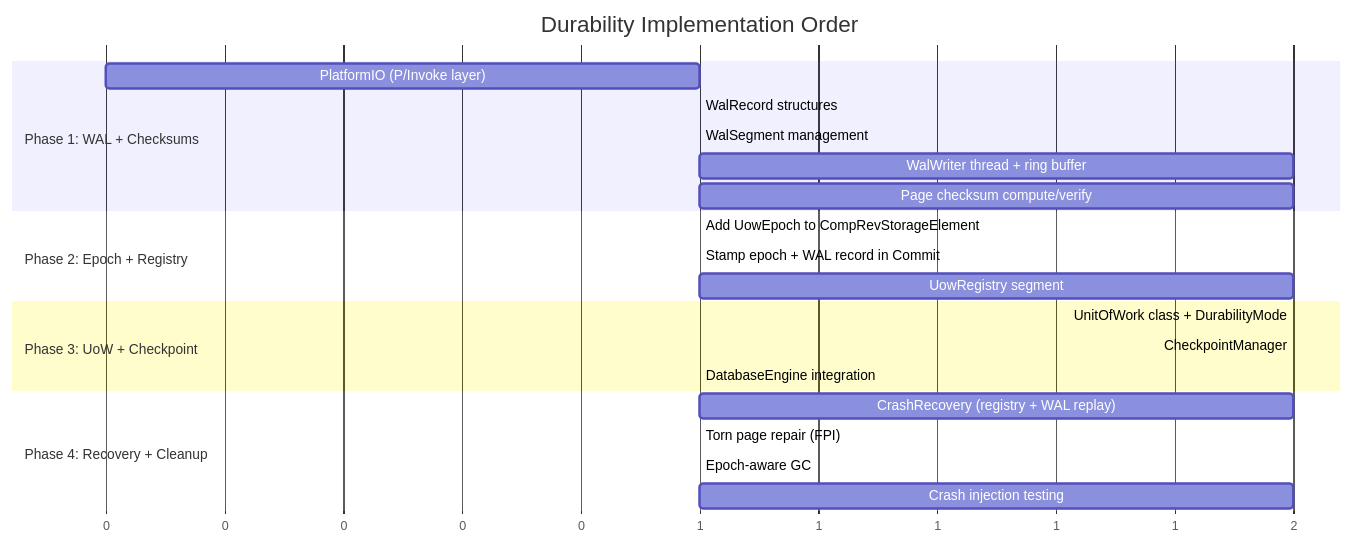
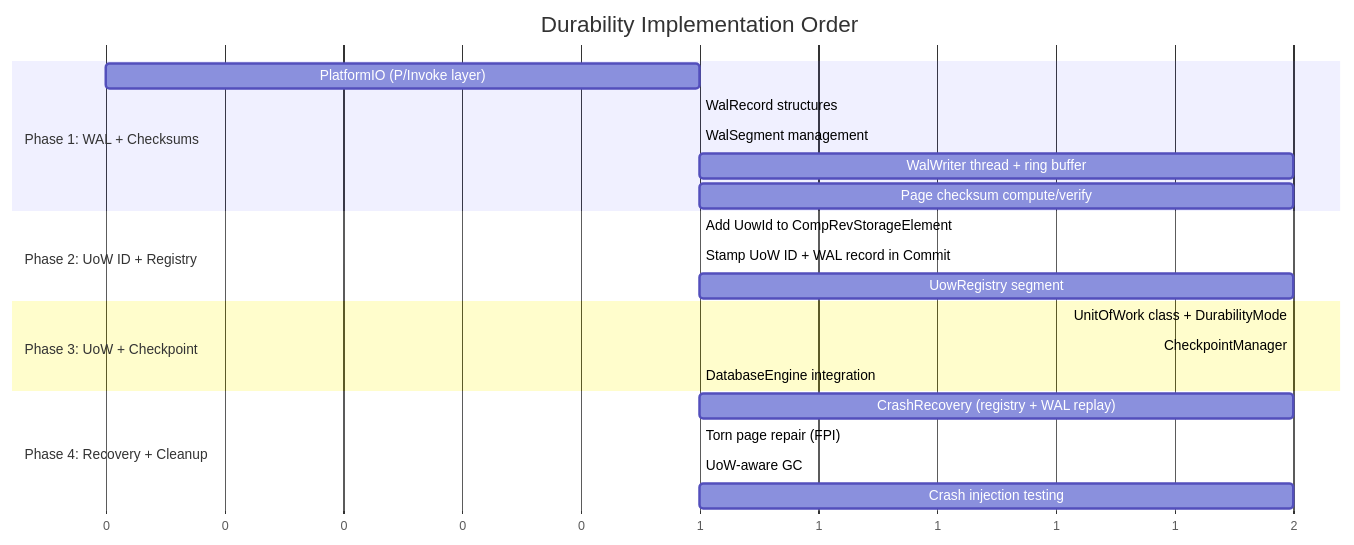
The diagram in claude/overview/06-durability.md (nockawa/Typhon), drawn with Mermaid before and after one commit. The commit also changed other lines of this file and 48 other files, not shown here.

Commit message:
Documentation update - ADR inline - New backup strategy - Diagrams cleanup, new convention to generate them - unit-of-work design ready - DifferentiatingFeatures doc added - Licensing doc and root file added

````diff
--- a/claude/overview/06-durability.md
+++ b/claude/overview/06-durability.md
@@ -991,29 +1062,29 @@
 ```mermaid
 gantt
     title Durability Implementation Order
     dateFormat X
     axisFormat %s
 
     section Phase 1: WAL + Checksums
     PlatformIO (P/Invoke layer)              :p1a, 0, 1
     WalRecord structures                      :p1b, after p1a, 1
     WalSegment management                     :p1c, after p1b, 1
     WalWriter thread + ring buffer            :p1d, after p1c, 2
     Page checksum compute/verify              :p1e, after p1a, 2
 
-    section Phase 2: Epoch + Registry
-    Add UowEpoch to CompRevStorageElement     :p2a, after p1d, 1
-    Stamp epoch + WAL record in Commit        :p2b, after p2a, 1
+    section Phase 2: UoW ID + Registry
+    Add UowId to CompRevStorageElement        :p2a, after p1d, 1
+    Stamp UoW ID + WAL record in Commit       :p2b, after p2a, 1
     UowRegistry segment                       :p2c, after p2b, 2
 
     section Phase 3: UoW + Checkpoint
     UnitOfWork class + DurabilityMode         :p3a, after p2c, 2
     CheckpointManager                         :p3b, after p3a, 2
     DatabaseEngine integration                :p3c, after p3b, 1
 
     section Phase 4: Recovery + Cleanup
     CrashRecovery (registry + WAL replay)     :p4a, after p3c, 2
     Torn page repair (FPI)                    :p4b, after p4a, 1
-    Epoch-aware GC                            :p4c, after p4b, 1
+    UoW-aware GC                              :p4c, after p4b, 1
     Crash injection testing                   :p4d, after p4c, 2
 ```
````
